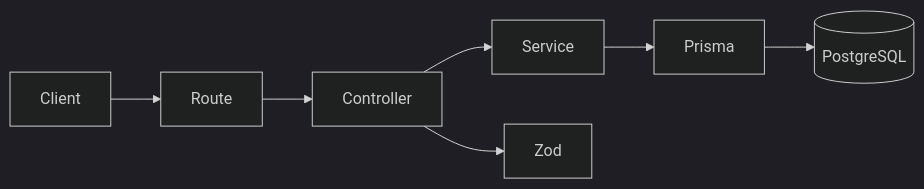
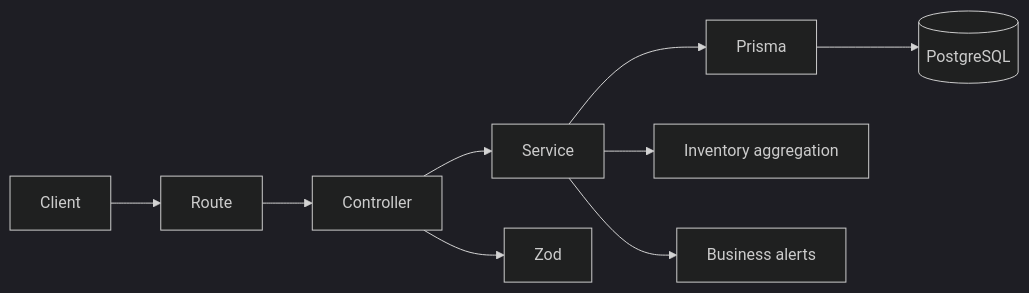
One commit to zelectrik/Pharma-stock-manager changed the diagram in README.md. Above: the diagram before and after it, drawn with Mermaid (dark theme). The commit also changed other lines of this file and 13 other files, not shown here.

````diff
--- a/README.md
+++ b/README.md
@@ -80,9 +326,13 @@
 ```mermaid
 flowchart LR
 Client --> Route
 Route --> Controller
 Controller --> Service
 Service --> Prisma
 Prisma --> DB[(PostgreSQL)]
+
 Controller --> Validation[Zod]
+
+Service --> Inventory[Inventory aggregation]
+Service --> Alerts[Business alerts]
 ```
````
